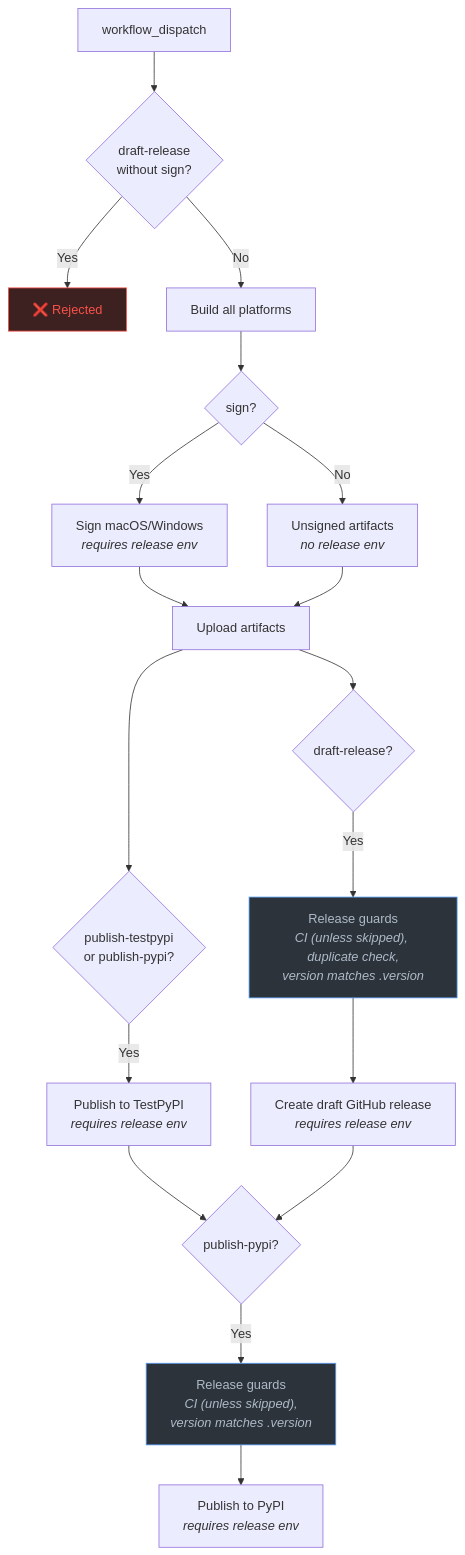
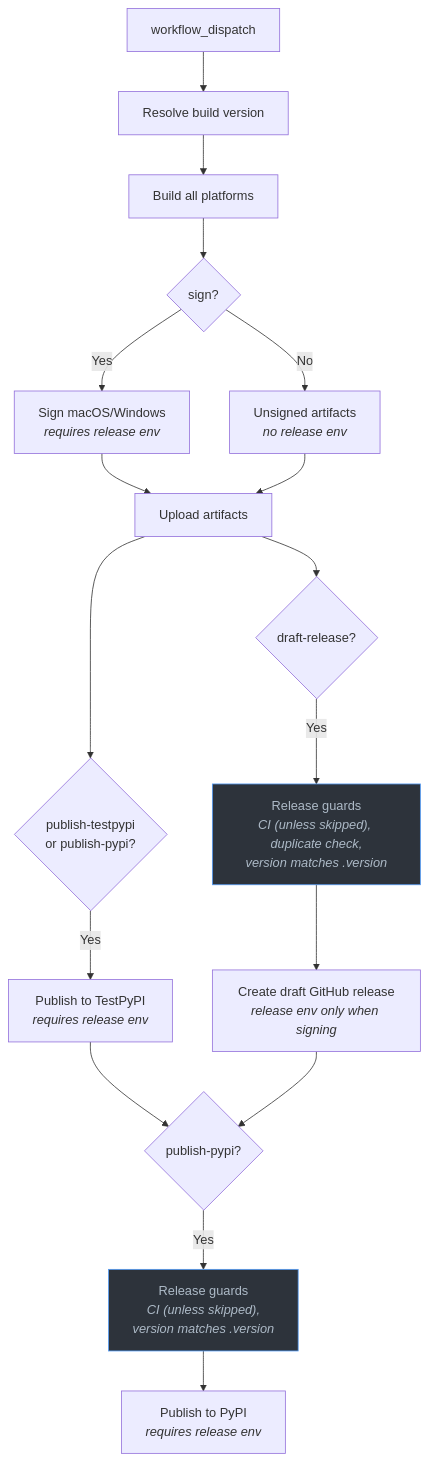
Before and after one commit to JSchoreels/anki: the third of 3 diagrams in docs/releasing.md, drawn with Mermaid. The commit also changed other lines of this file and 1 other file, not shown here.

Commit message:
Auto-increment unsigned draft release versions

````diff
--- a/docs/releasing.md
+++ b/docs/releasing.md
@@ -140,31 +145,29 @@
 ```mermaid
 flowchart TD
     start["workflow_dispatch"]
 
-    start --> valid{"draft-release\nwithout sign?"}
-    valid -- Yes --> rejected["❌ Rejected"]
-    valid -- No --> build["Build all platforms"]
+    start --> resolve["Resolve build version"]
+    resolve --> build["Build all platforms"]
 
     build --> sign{"sign?"}
     sign -- Yes --> signed["Sign macOS/Windows\n<i>requires release env</i>"]
     sign -- No --> unsigned["Unsigned artifacts\n<i>no release env</i>"]
 
     signed --> artifacts["Upload artifacts"]
     unsigned --> artifacts
 
     artifacts --> draft{"draft-release?"}
     draft -- Yes --> guards1["Release guards\n<i>CI (unless skipped), duplicate check,\nversion matches .version</i>"]
-    guards1 --> ghrel["Create draft GitHub release\n<i>requires release env</i>"]
+    guards1 --> ghrel["Create draft GitHub release\n<i>release env only when signing</i>"]
 
     artifacts --> testpypi{"publish-testpypi\nor publish-pypi?"}
     testpypi -- Yes --> tpypi["Publish to TestPyPI\n<i>requires release env</i>"]
 
     tpypi --> pypi{"publish-pypi?"}
     pypi -- Yes --> guards2["Release guards\n<i>CI (unless skipped),\nversion matches .version</i>"]
     ghrel --> pypi
     guards2 --> realpypi["Publish to PyPI\n<i>requires release env</i>"]
 
-    style rejected fill:#3d2020,stroke:#f85149,color:#f85149
     style guards1 fill:#2d333b,stroke:#539bf5,color:#adbac7
     style guards2 fill:#2d333b,stroke:#539bf5,color:#adbac7
 ```
````
